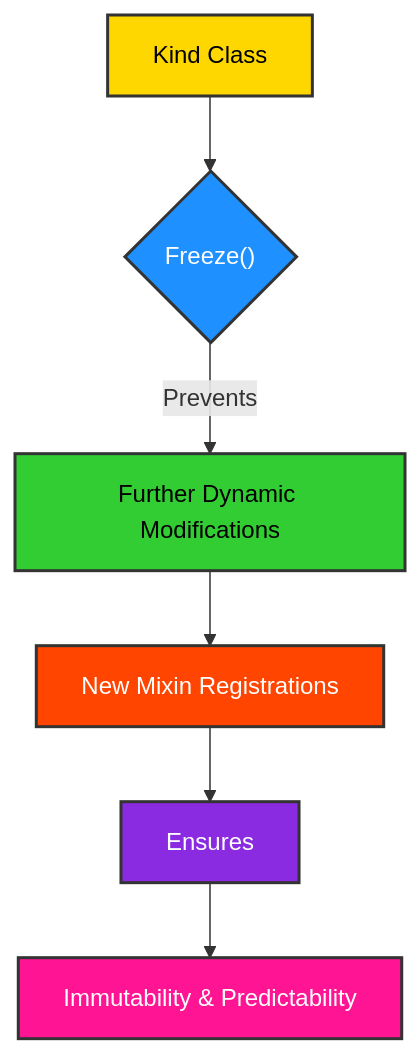
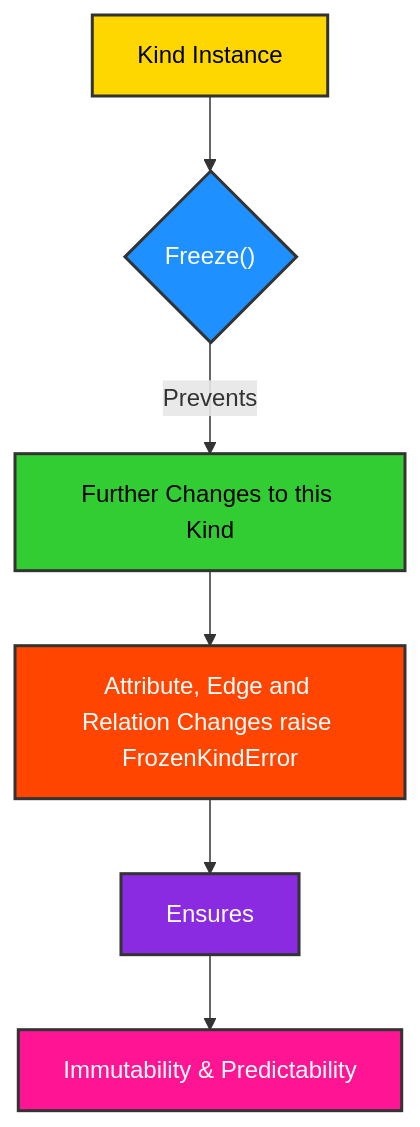
One commit to ikko/kind changed the third of 5 diagrams in docs/topics/6_memory_aware_maturing/index.md. Above: the diagram before and after it, drawn with Mermaid. The commit also changed other lines of this file and 62 other files, not shown here.

````diff
--- a/docs/topics/6_memory_aware_maturing/index.md
+++ b/docs/topics/6_memory_aware_maturing/index.md
@@ -43,14 +43,14 @@
     ```mermaid
     graph TD
-        A[Kind Class] --> B{Freeze#40;#41;};
-        B -- "Prevents" --> C[Further Dynamic Modifications];
-        C --> D[New Mixin Registrations];
+        A[Kind Instance] --> B{Freeze#40;#41;};
+        B -- "Prevents" --> C[Further Changes to this Kind];
+        C --> D[Attribute, Edge and Relation Changes raise FrozenKindError];
         D --> E[Ensures] --> F[Immutability & Predictability];
 
       style A fill:#FFD700,stroke:#333,stroke-width:2px,color:#000000;
       style B fill:#1E90FF,stroke:#333,stroke-width:2px,color:#FFFFFF;
       style C fill:#32CD32,stroke:#333,stroke-width:2px,color:#000000;
       style D fill:#FF4500,stroke:#333,stroke-width:2px,color:#FFFFFF;
       style E fill:#8A2BE2,stroke:#333,stroke-width:2px,color:#FFFFFF;
       style F fill:#FF1493,stroke:#333,stroke-width:2px,color:#FFFFFF;
     ```
````
